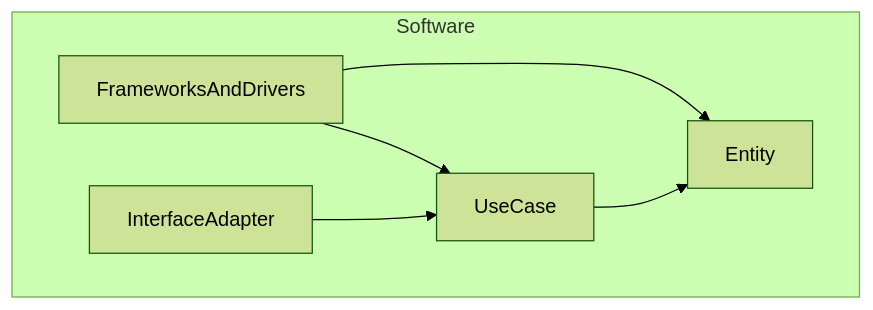
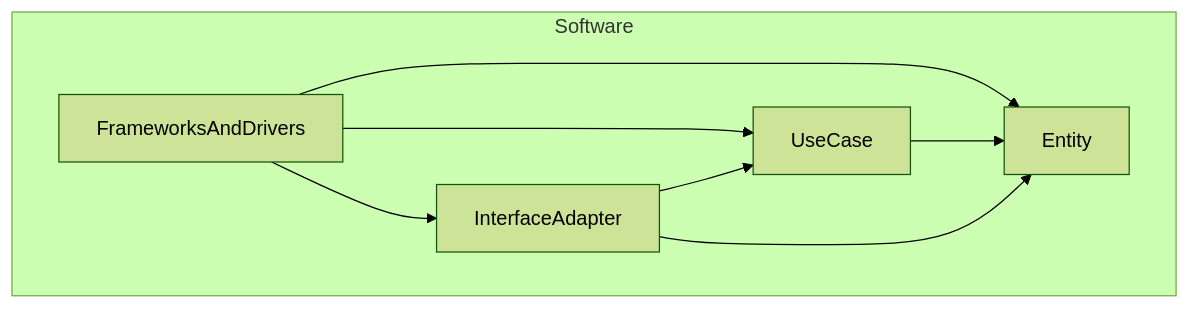
The third of 4 diagrams in articles/774ec1c19e9e8a.md (ichi-h/zenn), drawn with Mermaid (forest theme) before and after one commit.

Commit message:
図の修正

````diff
--- a/articles/774ec1c19e9e8a.md
+++ b/articles/774ec1c19e9e8a.md
@@ -100,14 +100,16 @@
 ```mermaid
 graph TD
   subgraph Software
     Entity
     UseCase
     InterfaceAdapter
     FrameworksAndDrivers
   end
 
   FrameworksAndDrivers --> Entity
   FrameworksAndDrivers --> UseCase
+  FrameworksAndDrivers --> InterfaceAdapter
   InterfaceAdapter --> UseCase
+  InterfaceAdapter --> Entity
   UseCase --> Entity
 ```
````
